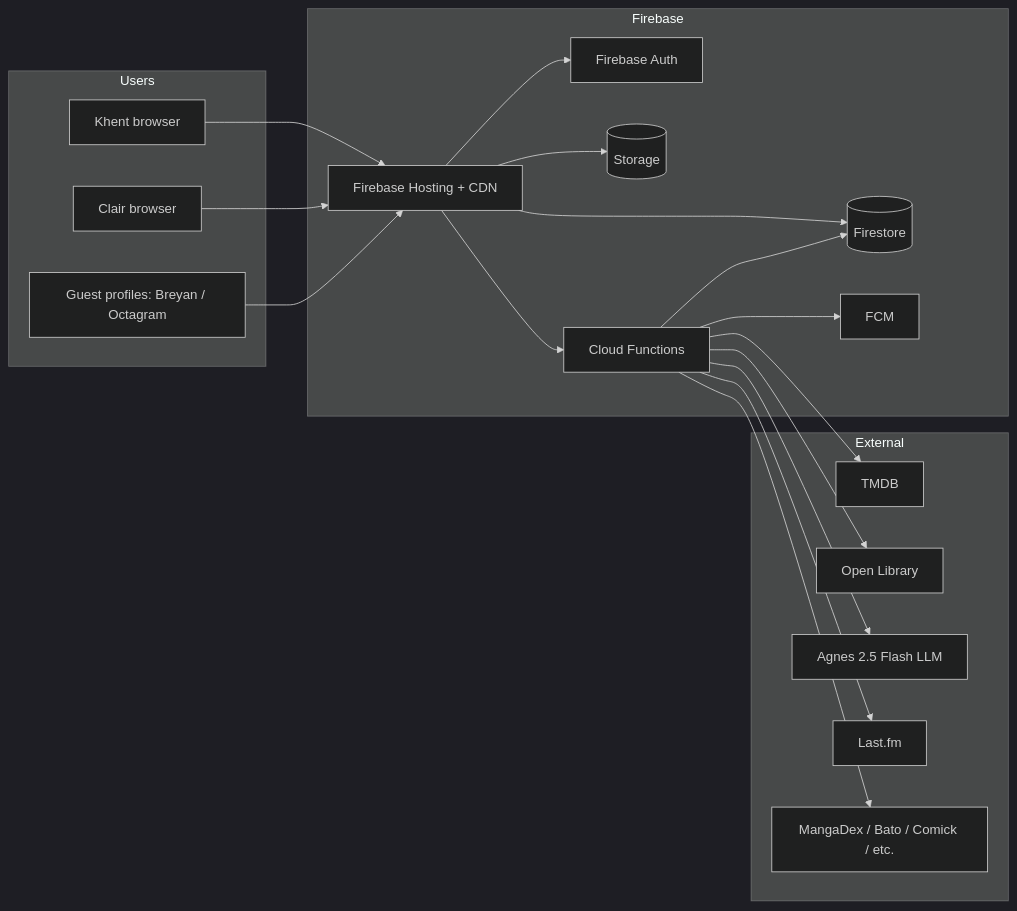
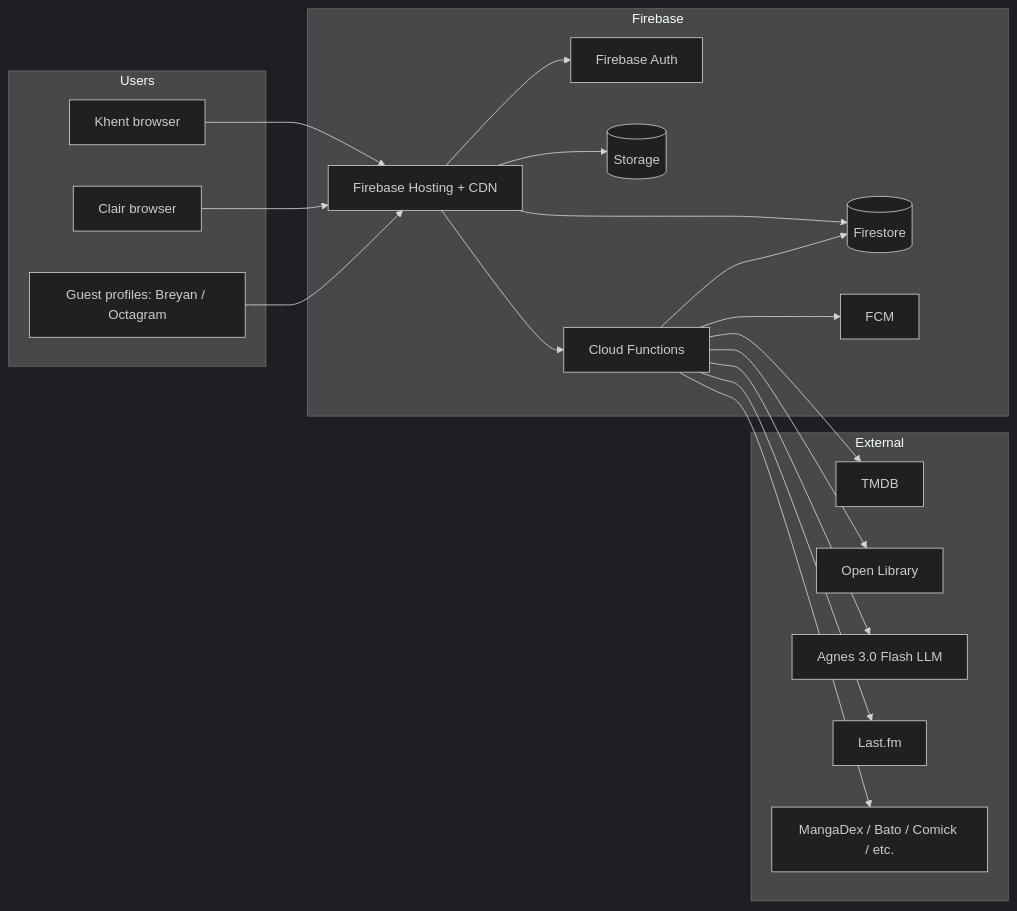
The first of 7 diagrams in docs/ARCHITECTURE.md (khentmoba/Everglow), drawn with Mermaid (dark theme) before and after one commit. The commit also changed other lines of this file and 9 other files, not shown here.

First line of the commit message:
chore(motchi): switch model to Agnes 3.0 Flash

````diff
--- a/docs/ARCHITECTURE.md
+++ b/docs/ARCHITECTURE.md
@@ -32,40 +32,40 @@
 ```mermaid
 flowchart LR
   subgraph Users
     K[Khent browser]
     C[Clair browser]
     G[Guest profiles: Breyan / Octagram]
   end
 
   subgraph Firebase
     H[Firebase Hosting + CDN]
     A[Firebase Auth]
     F[(Firestore)]
     S[(Storage)]
     FN[Cloud Functions]
     M[FCM]
   end
 
   subgraph External
     TMDB[TMDB]
     OL[Open Library]
-    AGNES[Agnes 2.5 Flash LLM]
+    AGNES[Agnes 3.0 Flash LLM]
     LF[Last.fm]
     MD[MangaDex / Bato / Comick / etc.]
   end
 
   K --> H
   C --> H
   G --> H
   H --> A
   H --> F
   H --> S
   H --> FN
   FN --> F
   FN --> M
   FN --> TMDB
   FN --> OL
   FN --> AGNES
   FN --> LF
   FN --> MD
 ```
````
